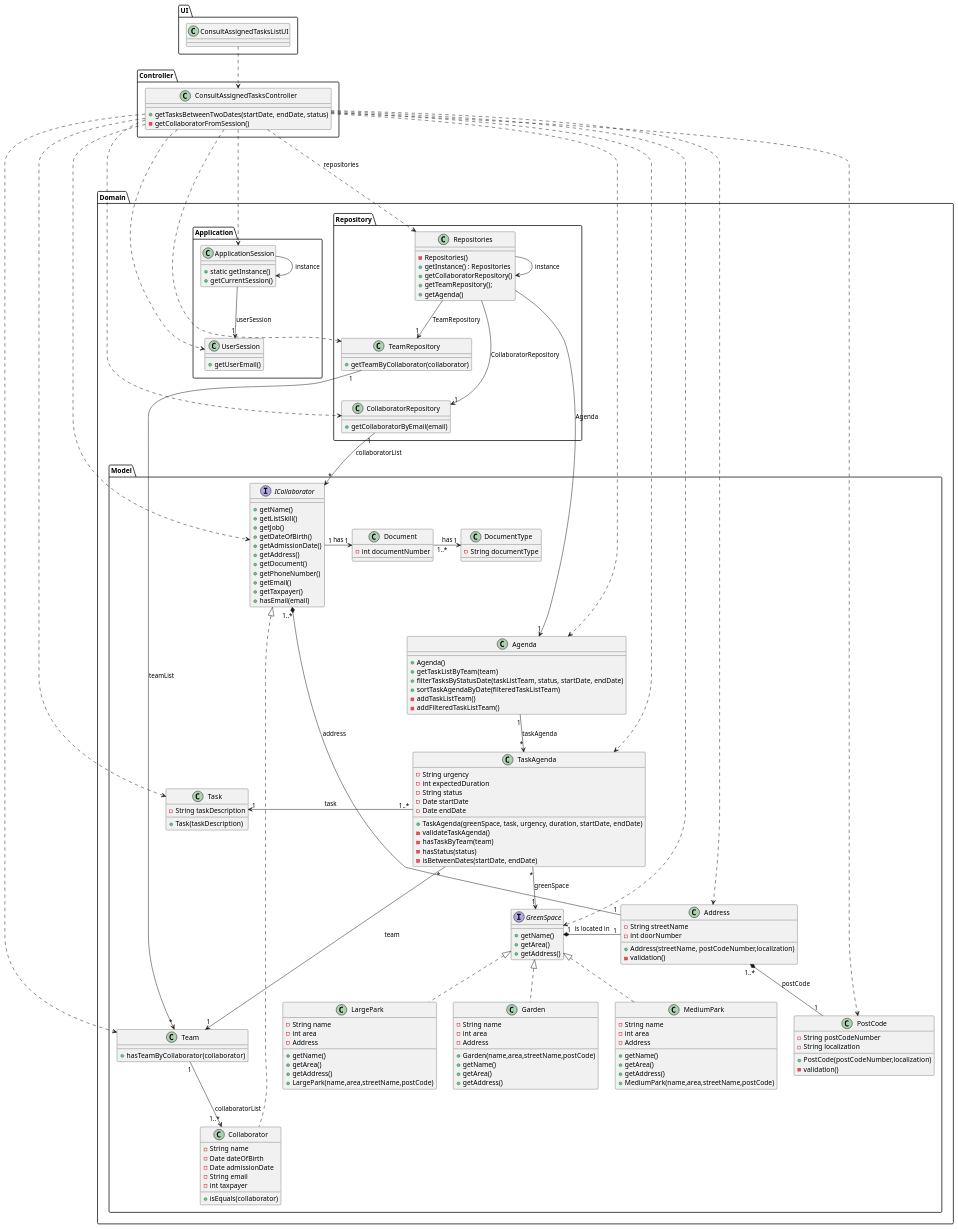
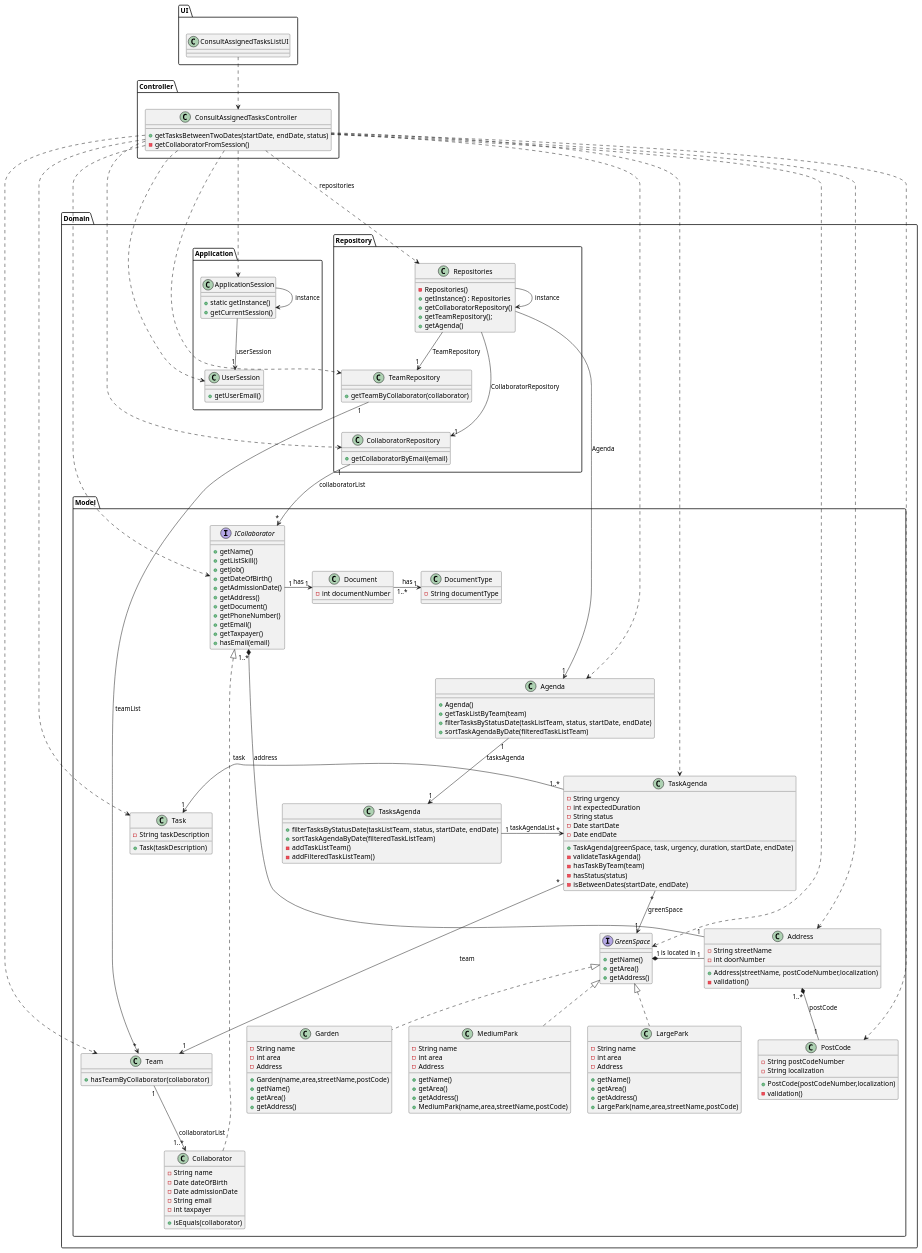
One commit to Departamento-de-Engenharia-Informatica/lei-24-s2-1db-g022 changed the diagram in docs/sprint3/us28/03.design/puml/us28-class-diagram.puml. Above: the diagram before and after it, drawn with PlantUML. The commit also changed 2 other files, not shown here.

```diff
--- a/docs/sprint3/us28/03.design/puml/us28-class-diagram.puml
+++ b/docs/sprint3/us28/03.design/puml/us28-class-diagram.puml
@@ -129,6 +129,14 @@
             + Task(taskDescription)
         }
 
+        class TasksAgenda {
+
+            + filterTasksByStatusDate(taskListTeam, status, startDate, endDate)
+            + sortTaskAgendaByDate(filteredTaskListTeam)
+            - addTaskListTeam()
+            - addFilteredTaskListTeam()
+        }
+
         class TaskAgenda {
             - String urgency
             - int expectedDuration
@@ -159,9 +167,6 @@
             + getTaskListByTeam(team)
             + filterTasksByStatusDate(taskListTeam, status, startDate, endDate)
             + sortTaskAgendaByDate(filteredTaskListTeam)
-            - addTaskListTeam()
-            - addFilteredTaskListTeam()
-
         }
 
     }
@@ -237,7 +242,9 @@
 GreenSpace "1" *- "1" Address : is located in
 
 '-------------------Agenda-------------------
-Agenda "1" --> "*" TaskAgenda : taskAgenda
+Agenda "1" --> "1" TasksAgenda : tasksAgenda
+
+TasksAgenda "1" -> "*" TaskAgenda: taskAgendaList
 
 '-------------------TaskAgenda-------------------
 TaskAgenda "*" --> "1" GreenSpace : greenSpace
```
